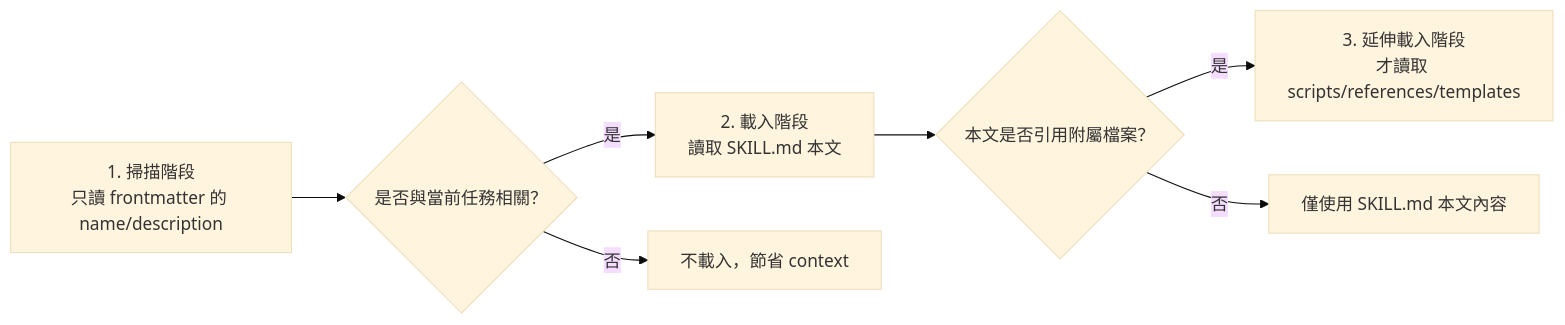
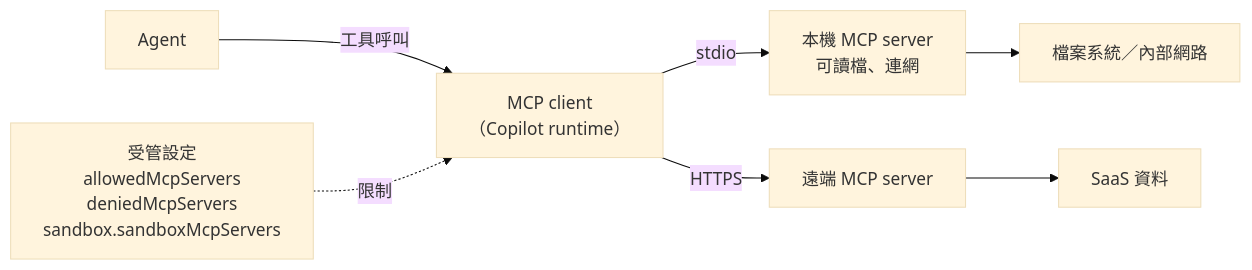
One commit to chihhung/Blog changed the eighth of 18 diagrams in content/posts/教學/AI開發/awesome-copilot教學手冊.md. Above: the diagram before and after it, drawn with Mermaid (base theme). The commit also changed other lines of this file and 1 other file, not shown here.

Commit message:
docs: update awesome-copilot and Github Repositories教學手冊

````diff
--- a/content/posts/教學/AI開發/awesome-copilot教學手冊.md
+++ b/content/posts/教學/AI開發/awesome-copilot教學手冊.md
@@ -1384,9 +2427,9 @@
 ```mermaid
-graph LR
-    A["1. 掃描階段<br/>只讀 frontmatter 的 name/description"] --> B{"是否與當前任務相關？"}
-    B -->|"是"| C["2. 載入階段<br/>讀取 SKILL.md 本文"]
-    B -->|"否"| D["不載入，節省 context"]
-    C --> E{"本文是否引用附屬檔案？"}
-    E -->|"是"| F["3. 延伸載入階段<br/>才讀取 scripts/references/templates"]
-    E -->|"否"| G["僅使用 SKILL.md 本文內容"]
+flowchart LR
+    A["Agent"] -->|"工具呼叫"| B["MCP client<br/>（Copilot runtime）"]
+    B -->|"stdio"| C["本機 MCP server<br/>可讀檔、連網"]
+    B -->|"HTTPS"| D["遠端 MCP server"]
+    C --> E["檔案系統／內部網路"]
+    D --> F["SaaS 資料"]
+    G["受管設定<br/>allowedMcpServers<br/>deniedMcpServers<br/>sandbox.sandboxMcpServers"] -.->|"限制"| B
 ```
````
